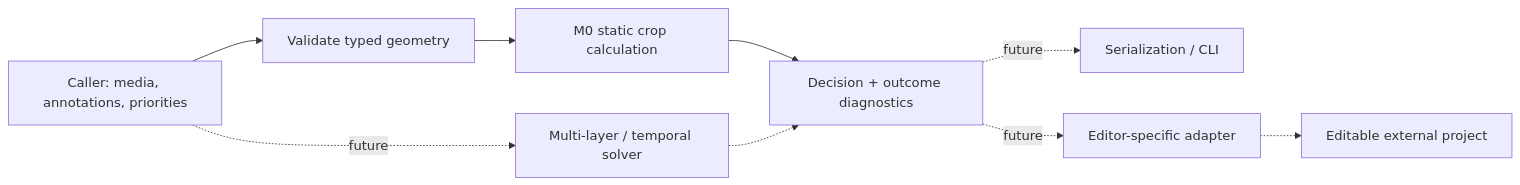
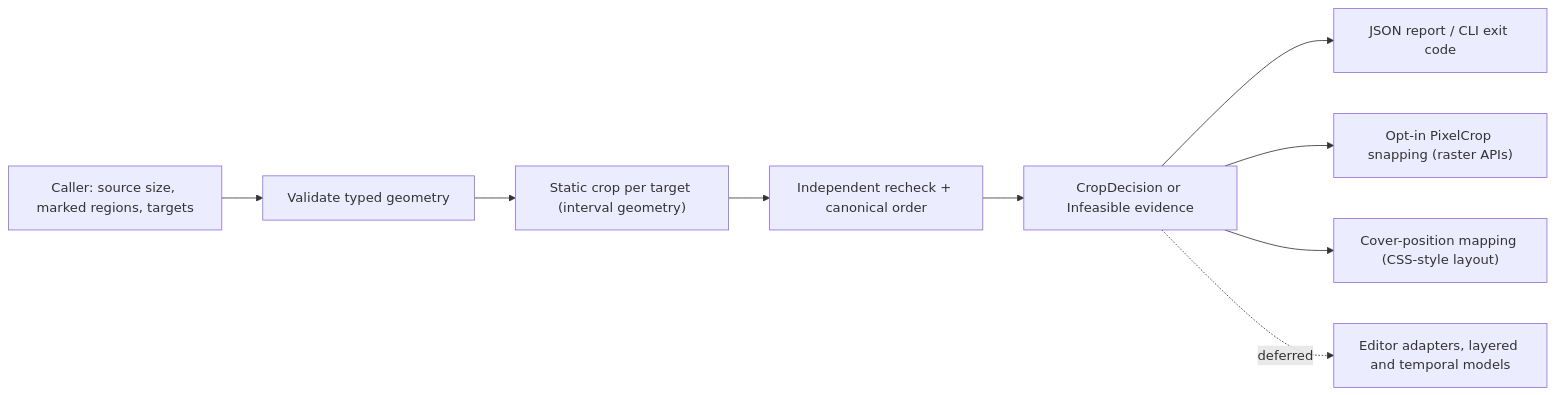
One commit to drkarl/framemotive changed the diagram in architecture.md. Above: the diagram before and after it, drawn with Mermaid. The commit also changed other lines of this file and 6 other files, not shown here.

````diff
--- a/architecture.md
+++ b/architecture.md
@@ -7,11 +36,11 @@
 ```mermaid
 flowchart LR
-  Caller["Caller: media, annotations, priorities"] --> V["Validate typed geometry"]
-  V --> A["M0 static crop calculation"]
-  A --> D["Decision + outcome diagnostics"]
-  D -. future .-> S["Serialization / CLI"]
-  D -. future .-> E["Editor-specific adapter"]
-  E -.-> P["Editable external project"]
-  Caller -. future .-> L["Multi-layer / temporal solver"]
-  L -.-> D
+  Caller["Caller: source size, marked regions, targets"] --> V["Validate typed geometry"]
+  V --> A["Static crop per target (interval geometry)"]
+  A --> C["Independent recheck + canonical order"]
+  C --> D["CropDecision or Infeasible evidence"]
+  D --> J["JSON report / CLI exit code"]
+  D --> P["Opt-in PixelCrop snapping (raster APIs)"]
+  D --> S["Cover-position mapping (CSS-style layout)"]
+  D -. deferred .-> E["Editor adapters, layered and temporal models"]
 ```
````
